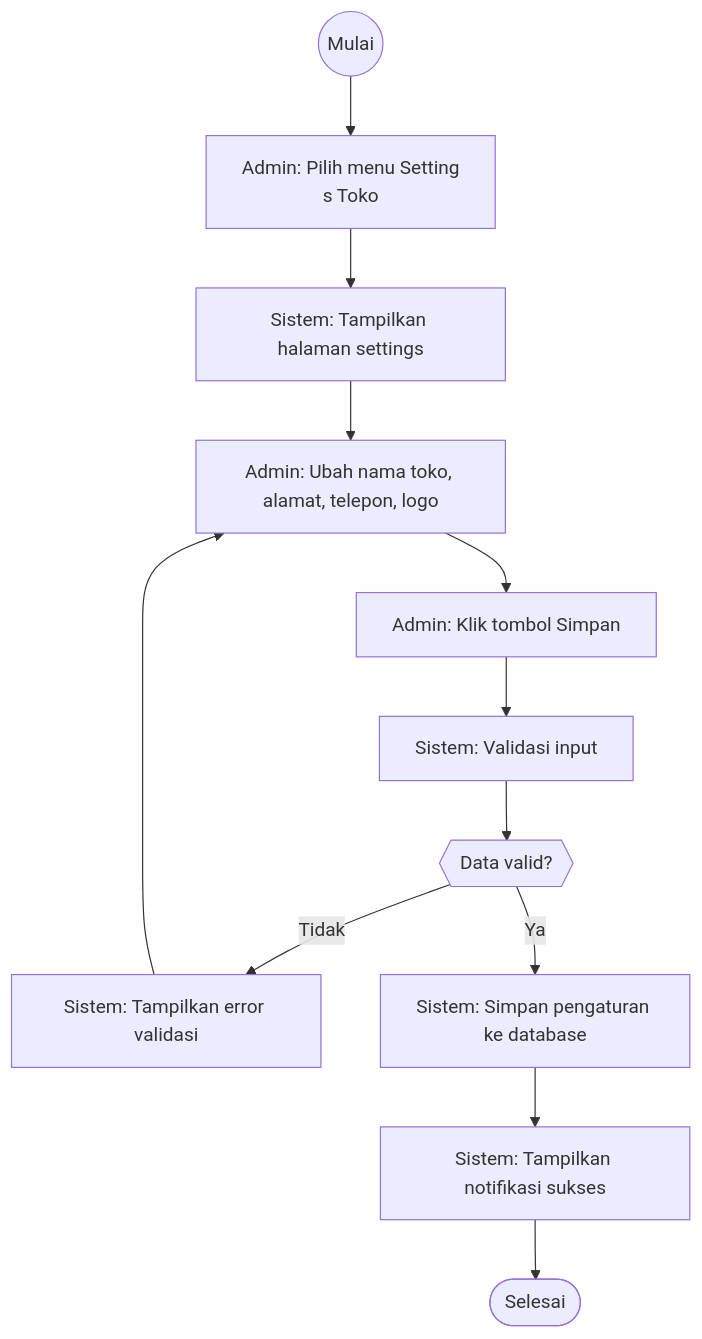
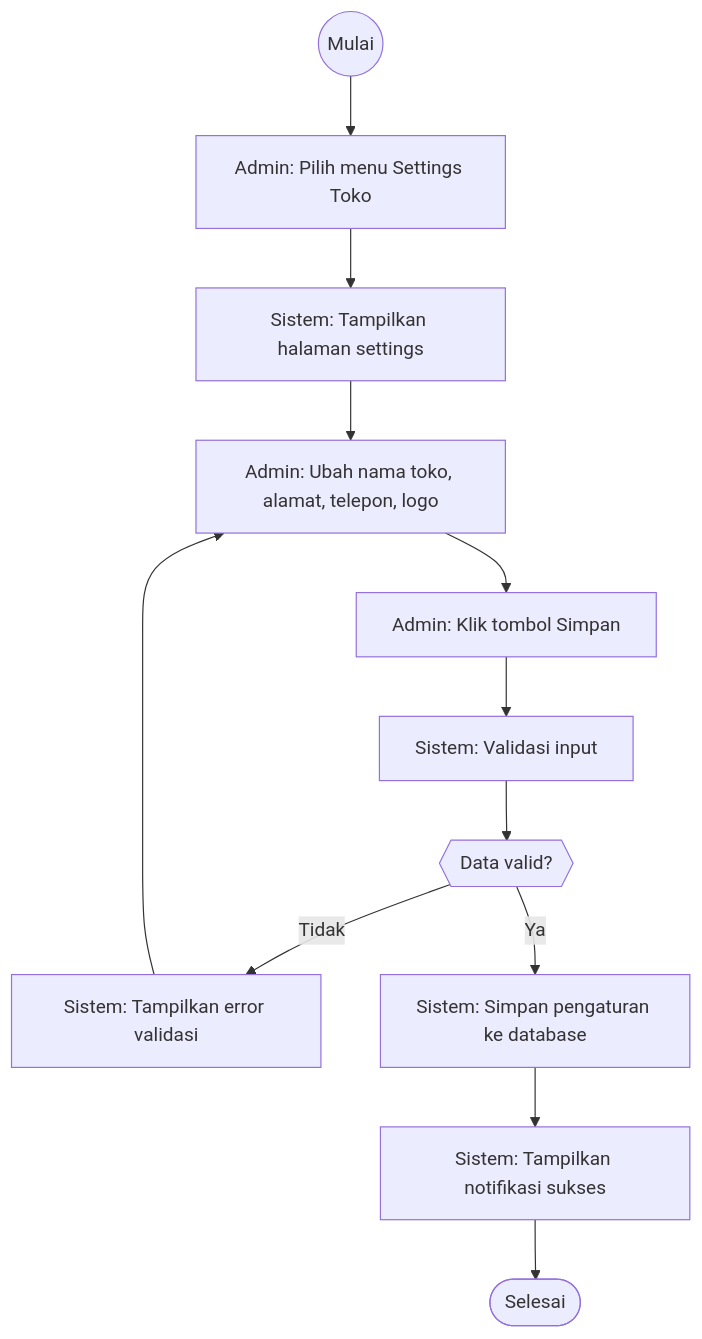
One commit to devWebs01/POS-DW changed diagram 17 of 40 in docs/4.2-perancangan-sistem.md. Above: the diagram before and after it, drawn with Mermaid. The commit also changed other lines of this file, not shown here.

First line of the commit message:
fix: repair 14 broken mermaid diagrams (split arrows & multiline labels)

````diff
--- a/docs/4.2-perancangan-sistem.md
+++ b/docs/4.2-perancangan-sistem.md
@@ -1417,22 +1411,21 @@
 ```mermaid
 flowchart TD
   start((Mulai))
-  A_A["Admin: Pilih menu Setting
-s Toko"]
+  A_A["Admin: Pilih menu Settings Toko"]
   start --> A_A
   S_A["Sistem: Tampilkan halaman settings"]
   A_A --> S_A
   A_B["Admin: Ubah nama toko, alamat, telepon, logo"]
   S_A --> A_B
   A_C["Admin: Klik tombol Simpan"]
   A_B --> A_C
   S_B["Sistem: Validasi input"]
   A_C --> S_B
   D_A{{"Data valid?"}}
   S_B --> D_A
   D_A -->|Tidak| E_A["Sistem: Tampilkan error validasi"]
   E_A --> A_B
   D_A -->|Ya| S_C["Sistem: Simpan pengaturan ke database"]
   S_C --> S_D["Sistem: Tampilkan notifikasi sukses"]
   S_D --> end_success([Selesai])
 ```
````
